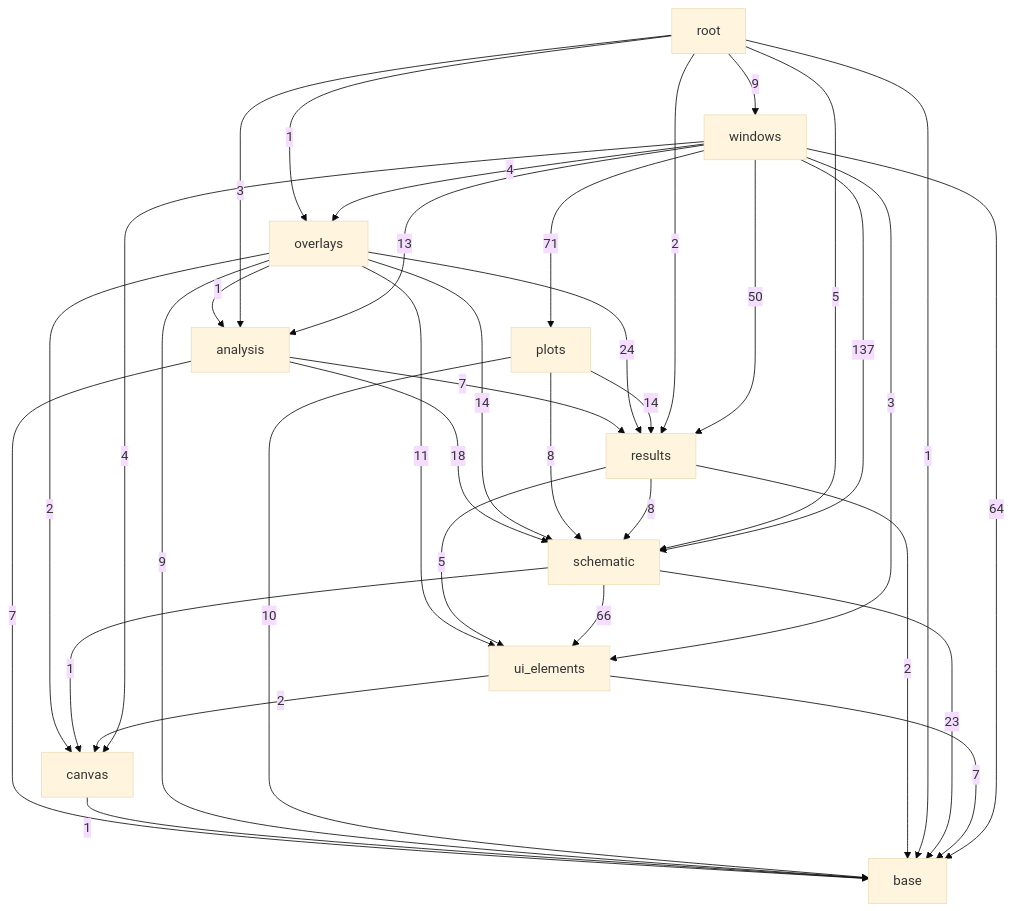
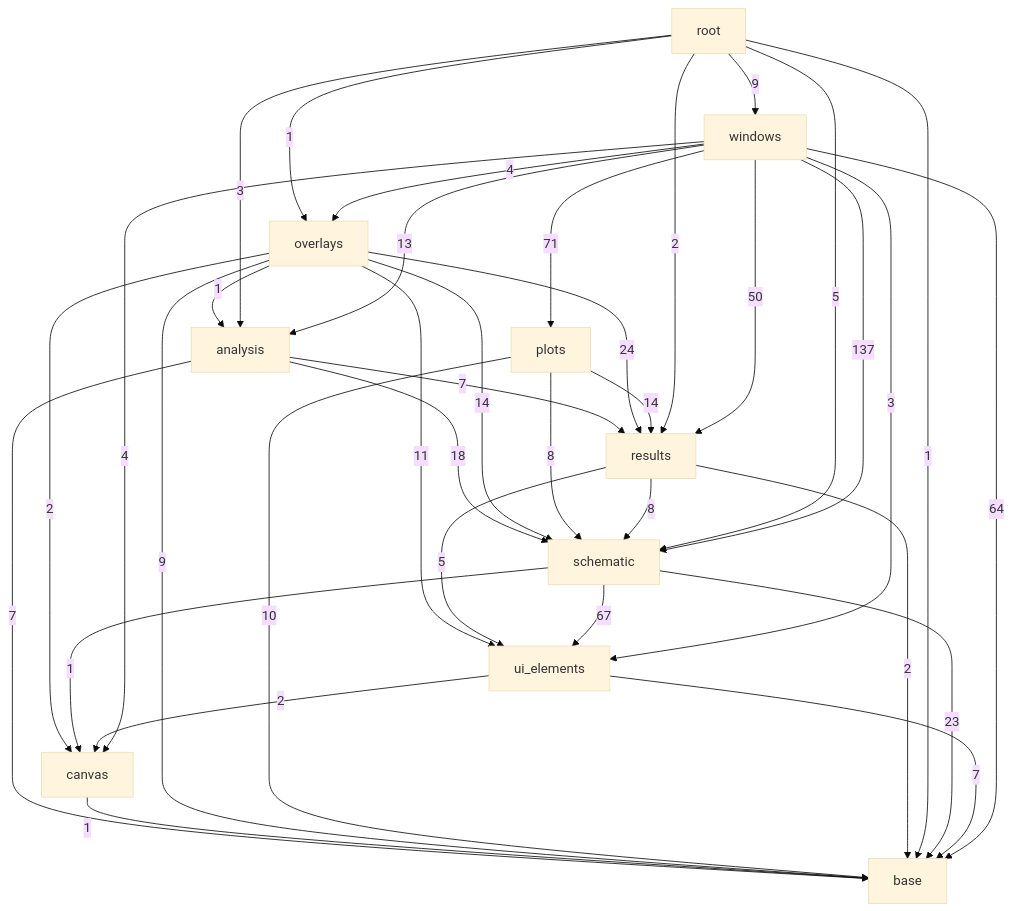
The third of 3 diagrams in docs/architecture.md (ronnymilleo/imcsim), drawn with Mermaid (base theme) before and after one commit. The commit also changed other lines of this file and 6 other files, not shown here.

Commit message:
Document transmission lines and update architecture diagrams

````diff
--- a/docs/architecture.md
+++ b/docs/architecture.md
@@ -56,48 +56,48 @@
 ```mermaid
 flowchart TD
     app_gui_base[base]
     app_gui_canvas[canvas]
     app_gui_ui_elements[ui_elements]
     app_gui_schematic[schematic]
     app_gui_results[results]
     app_gui_analysis[analysis]
     app_gui_plots[plots]
     app_gui_overlays[overlays]
     app_gui_windows[windows]
     app_gui_root[root]
     app_gui_analysis -->|7| app_gui_base
     app_gui_analysis -->|7| app_gui_results
     app_gui_analysis -->|18| app_gui_schematic
     app_gui_canvas -->|1| app_gui_base
     app_gui_overlays -->|1| app_gui_analysis
     app_gui_overlays -->|9| app_gui_base
     app_gui_overlays -->|2| app_gui_canvas
     app_gui_overlays -->|24| app_gui_results
     app_gui_overlays -->|14| app_gui_schematic
     app_gui_overlays -->|11| app_gui_ui_elements
     app_gui_plots -->|10| app_gui_base
     app_gui_plots -->|14| app_gui_results
     app_gui_plots -->|8| app_gui_schematic
     app_gui_results -->|2| app_gui_base
     app_gui_results -->|8| app_gui_schematic
     app_gui_results -->|5| app_gui_ui_elements
     app_gui_root -->|3| app_gui_analysis
     app_gui_root -->|1| app_gui_base
     app_gui_root -->|1| app_gui_overlays
     app_gui_root -->|2| app_gui_results
     app_gui_root -->|5| app_gui_schematic
     app_gui_root -->|9| app_gui_windows
     app_gui_schematic -->|23| app_gui_base
     app_gui_schematic -->|1| app_gui_canvas
-    app_gui_schematic -->|66| app_gui_ui_elements
+    app_gui_schematic -->|67| app_gui_ui_elements
     app_gui_ui_elements -->|7| app_gui_base
     app_gui_ui_elements -->|2| app_gui_canvas
     app_gui_windows -->|13| app_gui_analysis
     app_gui_windows -->|64| app_gui_base
     app_gui_windows -->|4| app_gui_canvas
     app_gui_windows -->|4| app_gui_overlays
     app_gui_windows -->|71| app_gui_plots
     app_gui_windows -->|50| app_gui_results
     app_gui_windows -->|137| app_gui_schematic
     app_gui_windows -->|3| app_gui_ui_elements
 ```
````
